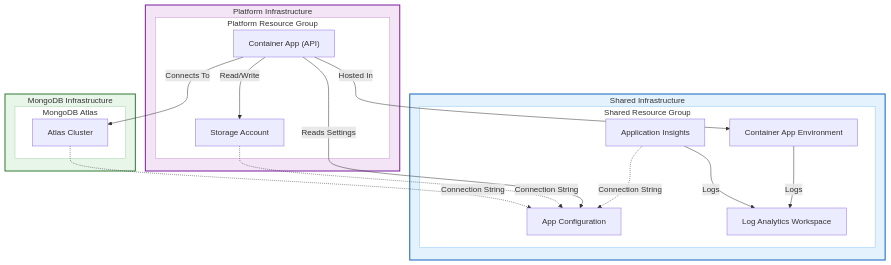
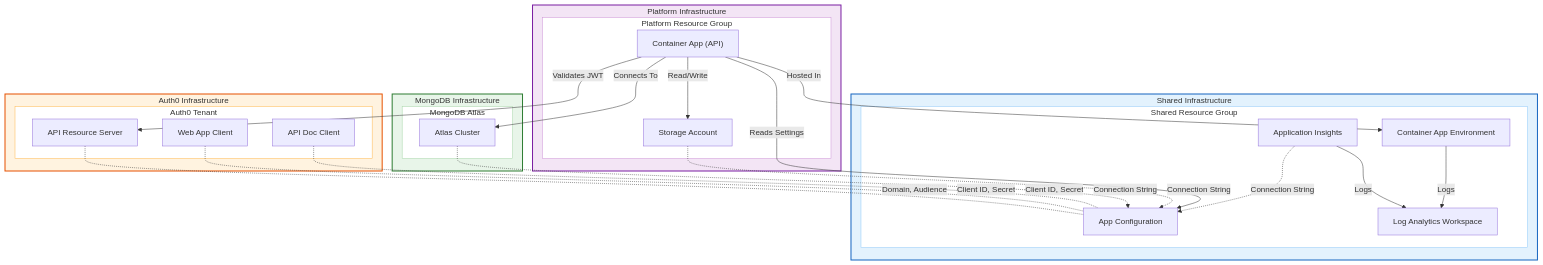
Before and after one commit to aytymchuk/Dilcore-Shared-InfraAsCode: the diagram in README.md, drawn with Mermaid. The commit also changed other lines of this file and 8 other files, not shown here.

````diff
--- a/README.md
+++ b/README.md
@@ -19,45 +32,59 @@
 ```mermaid
 graph TD
     subgraph Shared_Infrastructure["Shared Infrastructure"]
         style Shared_Infrastructure fill:#e3f2fd,stroke:#1565c0,stroke-width:2px
         subgraph SharedRG["Shared Resource Group"]
             style SharedRG fill:#ffffff,stroke:#90caf9
             LAW["Log Analytics Workspace"]
             AppConfig["App Configuration"]
             AppInsights["Application Insights"]
             CAE["Container App Environment"]
         end
     end
 
     subgraph Platform_Infrastructure["Platform Infrastructure"]
         style Platform_Infrastructure fill:#f3e5f5,stroke:#7b1fa2,stroke-width:2px
         subgraph PlatformRG["Platform Resource Group"]
             style PlatformRG fill:#ffffff,stroke:#ce93d8
             ContainerApp["Container App (API)"]
             Storage["Storage Account"]
         end
     end
     
     subgraph MongoDB_Infrastructure["MongoDB Infrastructure"]
         style MongoDB_Infrastructure fill:#e8f5e9,stroke:#2e7d32,stroke-width:2px
         subgraph Atlas["MongoDB Atlas"]
             style Atlas fill:#ffffff,stroke:#a5d6a7
             AtlasCluster["Atlas Cluster"]
         end
     end
 
+    subgraph Auth0_Infrastructure["Auth0 Infrastructure"]
+        style Auth0_Infrastructure fill:#fff3e0,stroke:#e65100,stroke-width:2px
+        subgraph Auth0Tenant["Auth0 Tenant"]
+            style Auth0Tenant fill:#ffffff,stroke:#ffb74d
+            Auth0API["API Resource Server"]
+            Auth0WebApp["Web App Client"]
+            Auth0APIDoc["API Doc Client"]
+        end
+    end
+
     %% Cross-Group Relationships
     ContainerApp -->|Hosted In| CAE
     ContainerApp -->|Reads Settings| AppConfig
     ContainerApp -->|Read/Write| Storage
     ContainerApp -->|Connects To| AtlasCluster
+    ContainerApp -->|Validates JWT| Auth0API
     
     %% Logging & Monitoring
     AppInsights -->|Logs| LAW
     CAE -->|Logs| LAW
     
     %% Configuration Flow (Terraform managed)
     Storage -.->|Connection String| AppConfig
     AppInsights -.->|Connection String| AppConfig
     AtlasCluster -.->|Connection String| AppConfig
+    Auth0API -.-|Domain, Audience| AppConfig
+    Auth0WebApp -.-|Client ID, Secret| AppConfig
+    Auth0APIDoc -.-|Client ID, Secret| AppConfig
 ```
````
